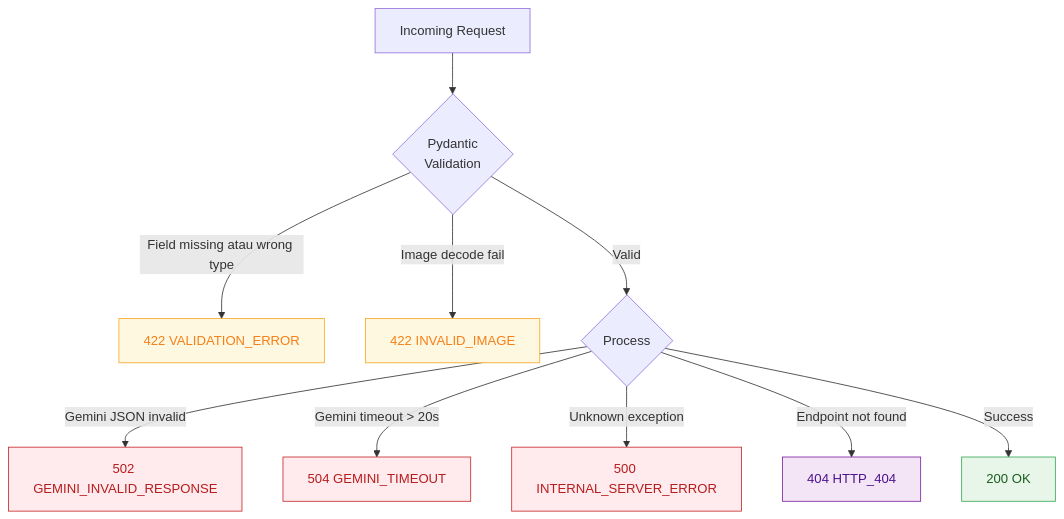
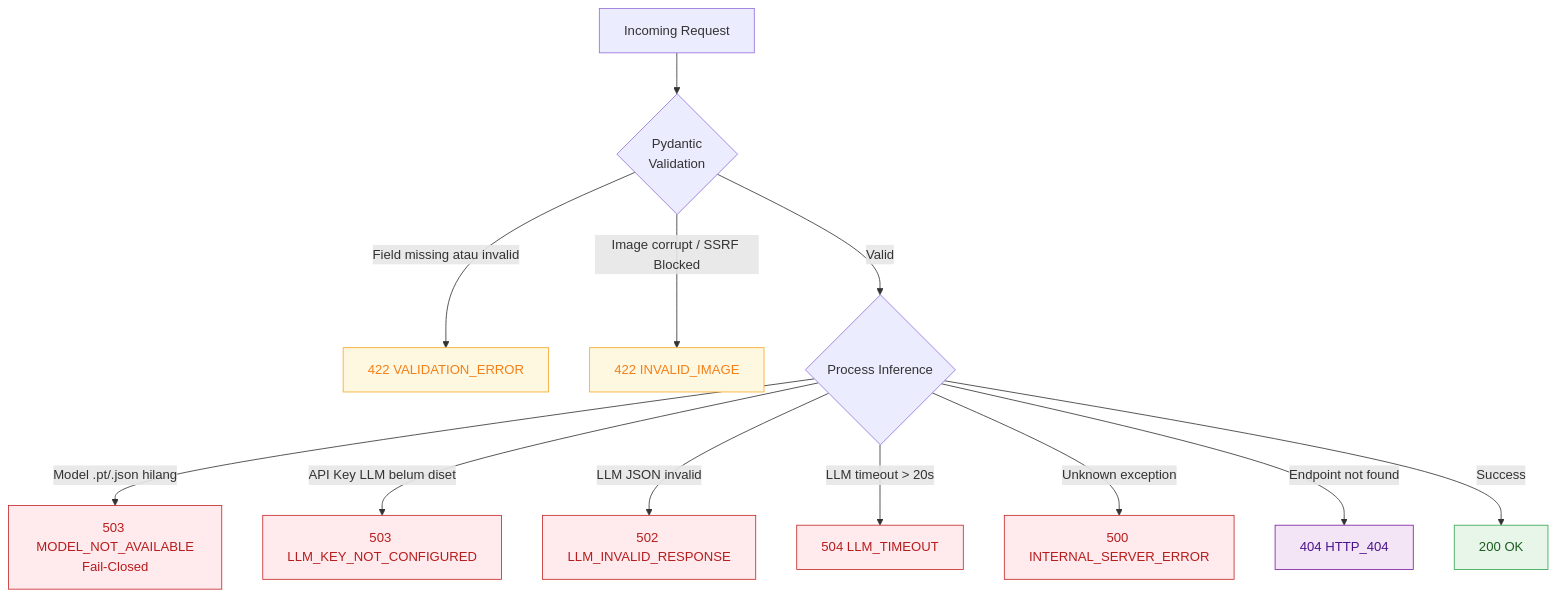
Before and after one commit to nabilkencana/AI-Service-LaporKita: diagram 15 of 21 in README.md, drawn with Mermaid. The commit also changed other lines of this file and 57 other files, not shown here.

Commit message:
feat(ai-service): complete Round 2 fixes - 6-class YOLOv11 OOD guard, DeepSeek LLM, API Key auth, security & fail-closed policies

````diff
--- a/README.md
+++ b/README.md
@@ -1170,20 +1208,24 @@
 ```mermaid
 graph TD
     Request["Incoming Request"] --> Validate{"Pydantic\nValidation"}
-    Validate -->|"Field missing atau wrong type"| E422V["422 VALIDATION_ERROR"]
-    Validate -->|"Image decode fail"| E422I["422 INVALID_IMAGE"]
-    Validate -->|"Valid"| Process{"Process"}
-    Process -->|"Gemini JSON invalid"| E502["502 GEMINI_INVALID_RESPONSE"]
-    Process -->|"Gemini timeout > 20s"| E504["504 GEMINI_TIMEOUT"]
+    Validate -->|"Field missing atau invalid"| E422V["422 VALIDATION_ERROR"]
+    Validate -->|"Image corrupt / SSRF Blocked"| E422I["422 INVALID_IMAGE"]
+    Validate -->|"Valid"| Process{"Process Inference"}
+    Process -->|"Model .pt/.json hilang"| E503M["503 MODEL_NOT_AVAILABLE\nFail-Closed"]
+    Process -->|"API Key LLM belum diset"| E503K["503 LLM_KEY_NOT_CONFIGURED"]
+    Process -->|"LLM JSON invalid"| E502["502 LLM_INVALID_RESPONSE"]
+    Process -->|"LLM timeout > 20s"| E504["504 LLM_TIMEOUT"]
     Process -->|"Unknown exception"| E500["500 INTERNAL_SERVER_ERROR"]
     Process -->|"Endpoint not found"| E404["404 HTTP_404"]
     Process -->|"Success"| E200["200 OK"]
 
     style E200 fill:#E8F5E9,stroke:#34A853,color:#1B5E20
     style E422V fill:#FFF8E1,stroke:#F9A825,color:#F57F17
     style E422I fill:#FFF8E1,stroke:#F9A825,color:#F57F17
+    style E503M fill:#FFEBEE,stroke:#C62828,color:#B71C1C
+    style E503K fill:#FFEBEE,stroke:#C62828,color:#B71C1C
     style E502 fill:#FFEBEE,stroke:#C62828,color:#B71C1C
     style E504 fill:#FFEBEE,stroke:#C62828,color:#B71C1C
     style E500 fill:#FFEBEE,stroke:#C62828,color:#B71C1C
     style E404 fill:#F3E5F5,stroke:#7B1FA2,color:#4A148C
 ```
````
